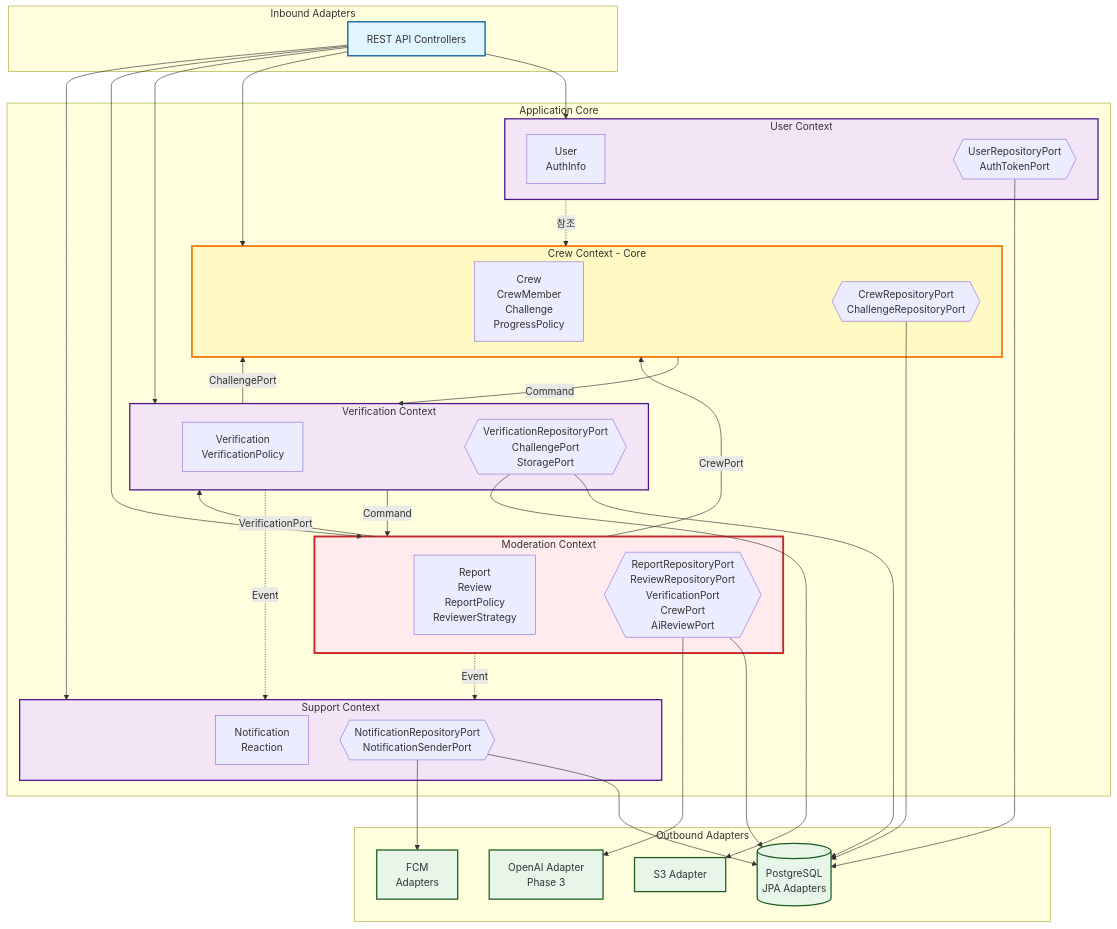
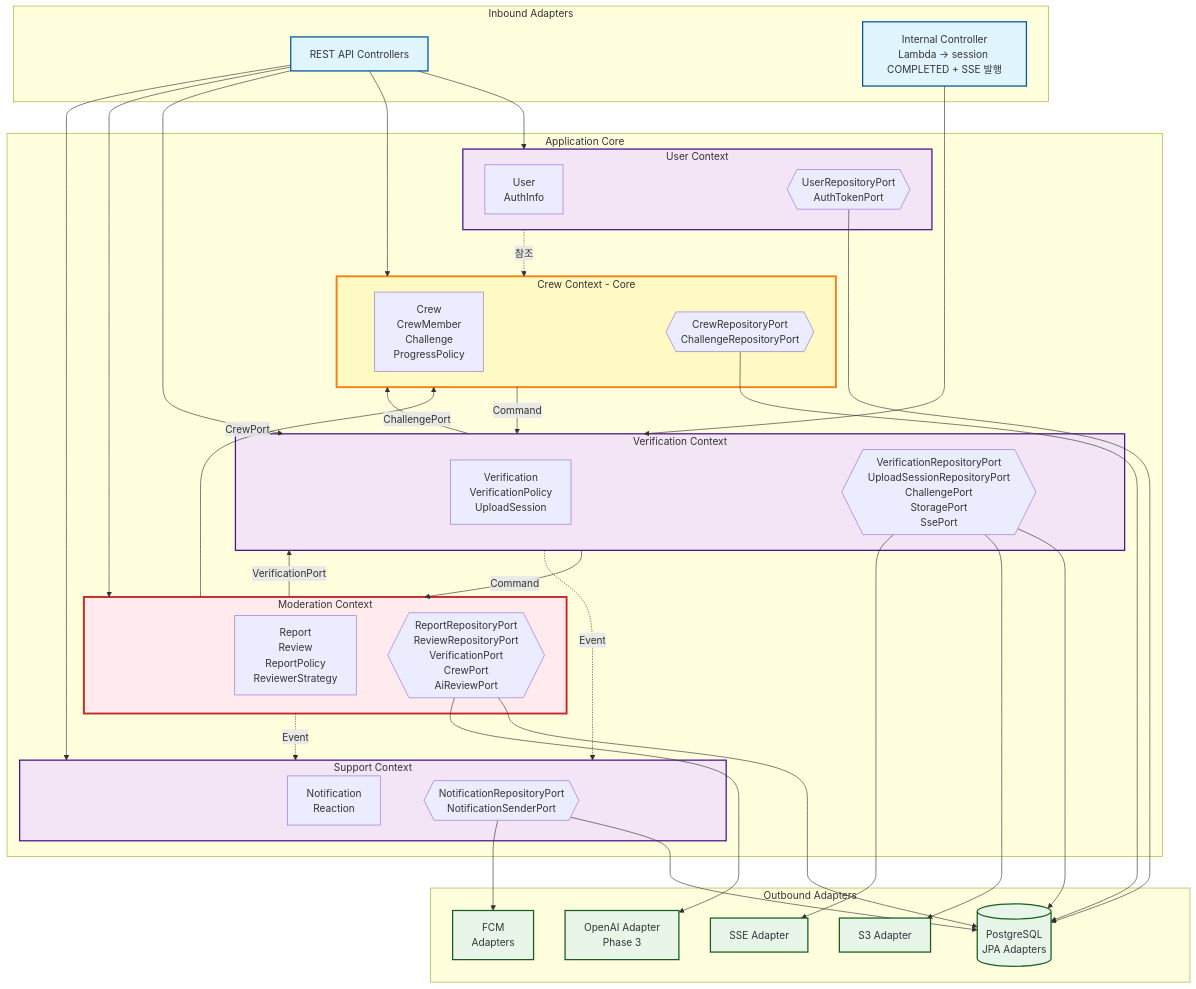
Before and after one commit to JianYang98/TriAgain-front: the first of 2 diagrams in docs/architecture.md, drawn with Mermaid. The commit also changed other lines of this file and 6 other files, not shown here.

First line of the commit message:
docs: 사진 업로드 플로우 SSE 변경 반영 (전체 문서 동기화)

````diff
--- a/docs/architecture.md
+++ b/docs/architecture.md
@@ -11,77 +11,81 @@
 ```mermaid
 graph TB
     subgraph "Inbound Adapters"
         REST[REST API Controllers]
+        Internal[Internal Controller<br/>Lambda → session COMPLETED + SSE 발행]
     end
-    
+
     subgraph "Application Core"
         subgraph UC[User Context]
             UDomain[User<br/>AuthInfo]
             UPort{{UserRepositoryPort<br/>AuthTokenPort}}
         end
-        
+
         subgraph CC[Crew Context - Core]
             CDomain[Crew<br/>CrewMember<br/>Challenge<br/>ProgressPolicy]
             CPort{{CrewRepositoryPort<br/>ChallengeRepositoryPort}}
         end
-        
+
         subgraph VC[Verification Context]
-            VDomain[Verification<br/>VerificationPolicy]
-            VPort{{VerificationRepositoryPort<br/>ChallengePort<br/>StoragePort}}
+            VDomain[Verification<br/>VerificationPolicy<br/>UploadSession]
+            VPort{{VerificationRepositoryPort<br/>UploadSessionRepositoryPort<br/>ChallengePort<br/>StoragePort<br/>SsePort}}
         end
         
         subgraph MC[Moderation Context]
             MDomain[Report<br/>Review<br/>ReportPolicy<br/>ReviewerStrategy]
             MPort{{ReportRepositoryPort<br/>ReviewRepositoryPort<br/>VerificationPort<br/>CrewPort<br/>AiReviewPort}}
         end
         
         subgraph SC[Support Context]
             SDomain[Notification<br/>Reaction]
             SPort{{NotificationRepositoryPort<br/>NotificationSenderPort}}
         end
     end
     
     subgraph "Outbound Adapters"
         DB[(PostgreSQL<br/>JPA Adapters)]
         S3[S3 Adapter]
+        SSE_S[SSE Adapter]
         AI[OpenAI Adapter<br/>Phase 3]
         Noti[FCM<br/>Adapters]
     end
-    
+
     REST --> UC
     REST --> CC
     REST --> VC
     REST --> MC
     REST --> SC
-    
+    Internal --> VC
+
     UC -.->|참조| CC
     CC -->|Command| VC
     VC -->|Command| MC
     VC -.->|Event| SC
     MC -.->|Event| SC
-    
+
     VC -->|ChallengePort| CC
     MC -->|VerificationPort| VC
     MC -->|CrewPort| CC
-    
+
     UPort --> DB
     CPort --> DB
     VPort --> DB
     VPort --> S3
+    VPort --> SSE_S
     MPort --> DB
     MPort --> AI
     SPort --> DB
     SPort --> Noti
     
     classDef primary fill:#e1f5ff,stroke:#01579b,stroke-width:2px
     classDef core fill:#fff9c4,stroke:#f57f17,stroke-width:3px
     classDef context fill:#f3e5f5,stroke:#4a148c,stroke-width:2px
     classDef new fill:#ffebee,stroke:#c62828,stroke-width:3px
     classDef adapter fill:#e8f5e9,stroke:#1b5e20,stroke-width:2px
     
-    class REST primary
+    class REST,Internal primary
     class CC core
     class UC,VC,SC context
     class MC new
-    class DB,S3,AI,Noti adapter
+    class DB,S3,SSE_S,AI,Noti adapter
 ```
````
